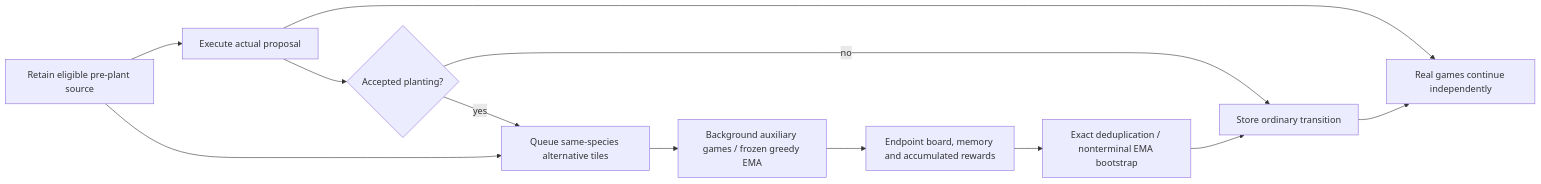
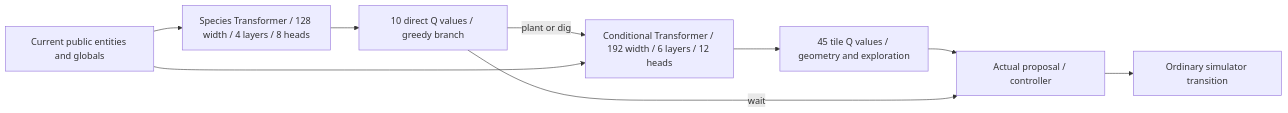
Before and after one commit to Comb1e/RL-Pvz: the first of 3 diagrams in docs/architecture.md, drawn with Mermaid. The commit also changed other lines of this file and 104 other files, not shown here.

````diff
--- a/docs/architecture.md
+++ b/docs/architecture.md
@@ -100,14 +36,11 @@
 ```mermaid
 flowchart LR
-    Source[Retain eligible pre-plant source] --> Actual[Execute actual proposal]
-    Actual --> Gate{Accepted planting?}
-    Gate -->|no| Store[Store ordinary transition]
-    Gate -->|yes| Fork[Queue same-species alternative tiles]
-    Source --> Fork
-    Fork --> Rollout[Background auxiliary games / frozen greedy EMA]
-    Rollout --> Endpoint[Endpoint board, memory and accumulated rewards]
-    Endpoint --> Tail[Exact deduplication / nonterminal EMA bootstrap]
-    Tail --> Store
-    Actual --> Continue[Real games continue independently]
-    Store --> Continue
+    Board[Current public entities and globals] --> Species[Species Transformer / 128 width / 4 layers / 8 heads]
+    Species --> Branch[10 direct Q values / greedy branch]
+    Branch -->|plant or dig| Tile[Conditional Transformer / 192 width / 6 layers / 12 heads]
+    Board --> Tile
+    Tile --> Values[45 tile Q values / geometry and exploration]
+    Values --> Action[Actual proposal / controller]
+    Branch -->|wait| Action
+    Action --> Simulator[Ordinary simulator transition]
 ```
````
